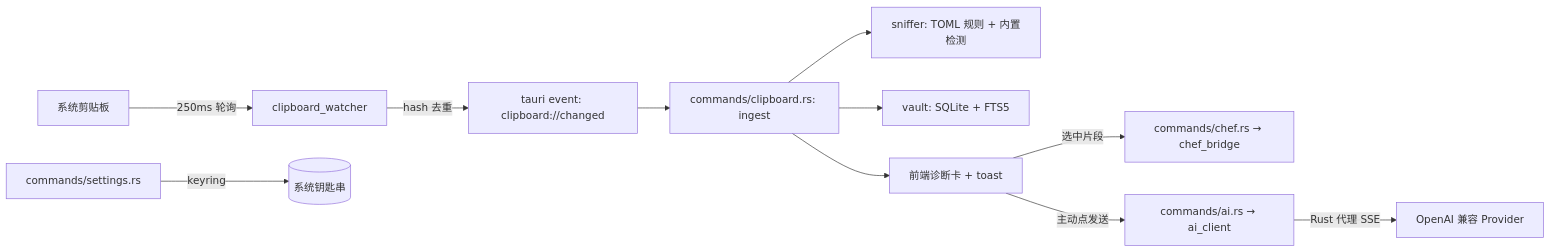
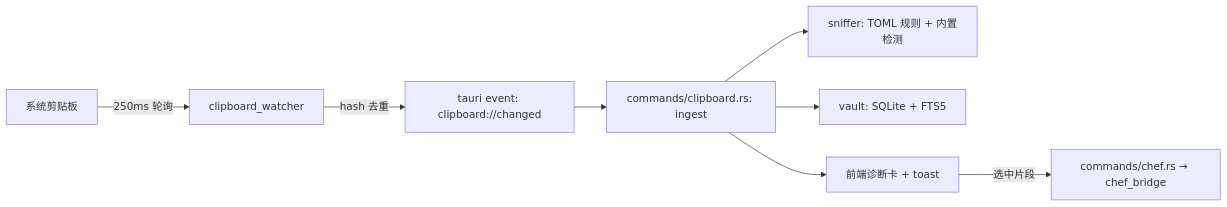
One commit to ice-a/fde-clip changed the diagram in docs/ARCHITECTURE.md. Above: the diagram before and after it, drawn with Mermaid. The commit also changed other lines of this file and 19 other files, not shown here.

````diff
--- a/docs/ARCHITECTURE.md
+++ b/docs/ARCHITECTURE.md
@@ -13,13 +13,10 @@
 ```mermaid
 flowchart LR
   OS[系统剪贴板] -->|250ms 轮询| W[clipboard_watcher]
   W -->|hash 去重| E[tauri event: clipboard://changed]
   E --> C[commands/clipboard.rs: ingest]
   C --> S[sniffer: TOML 规则 + 内置检测]
   C --> V[vault: SQLite + FTS5]
   C --> F[前端诊断卡 + toast]
   F -->|选中片段| CH[commands/chef.rs → chef_bridge]
-  F -->|主动点发送| AI[commands/ai.rs → ai_client]
-  AI -->|Rust 代理 SSE| P[OpenAI 兼容 Provider]
-  SET[commands/settings.rs] -->|keyring| KR[(系统钥匙串)]
 ```
````
